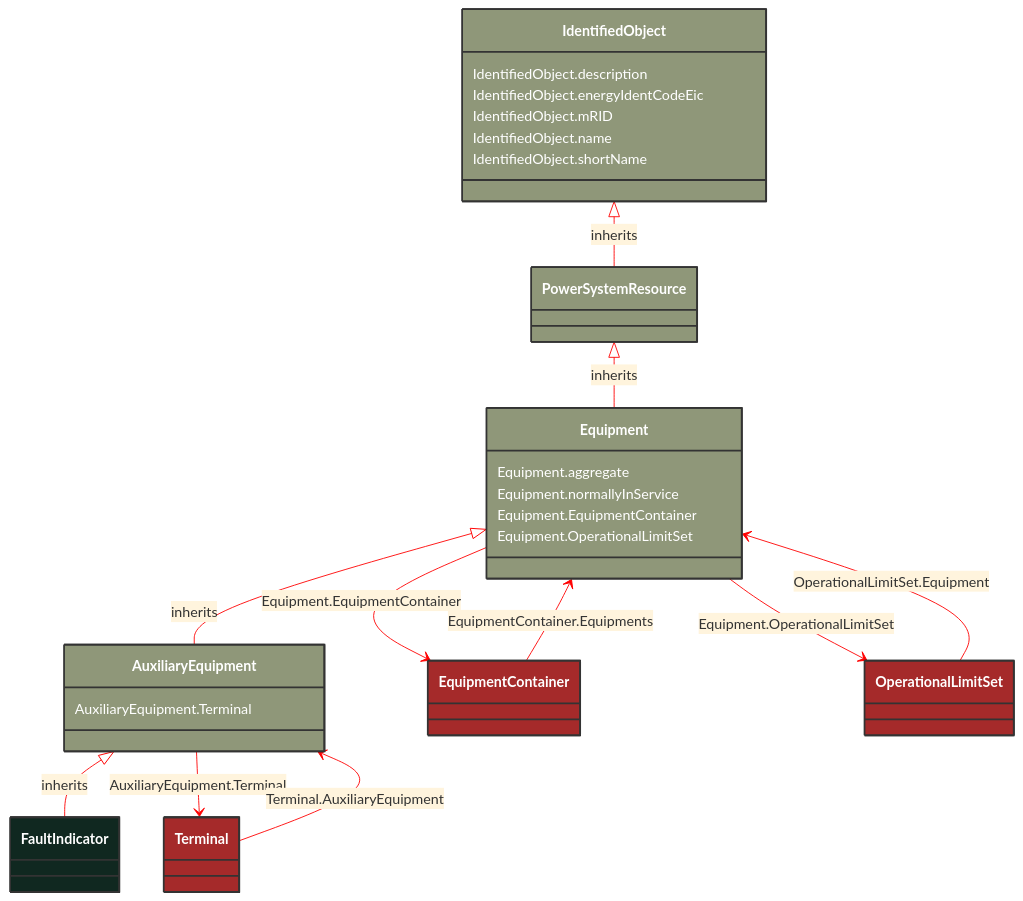
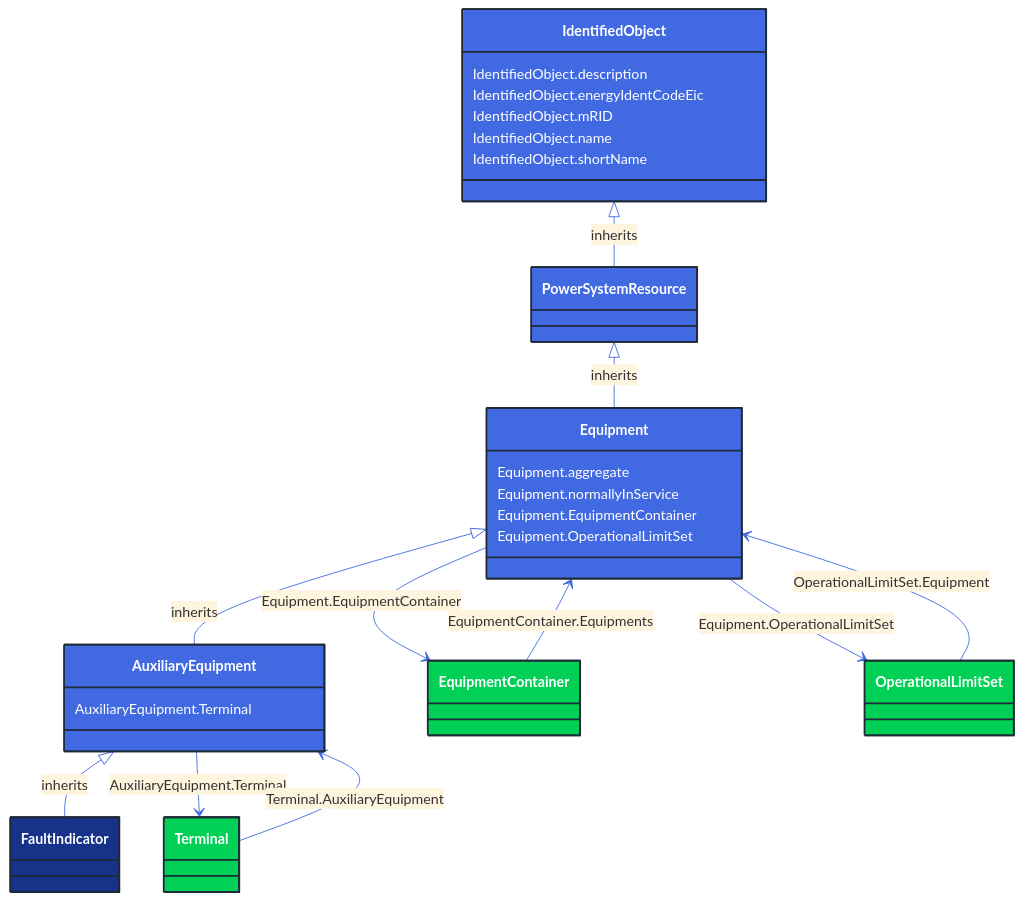
Before and after one commit to 3lbits/NoCIMExtensions: the diagram in docs/Models/Profiles/CoreEquipment/ConcreteClasses/FaultIndicator.md, drawn with Mermaid. The commit also changed 362 other files, not shown here.

First line of the commit message:
Update diagrams and styles for improved visual consistency

````diff
--- a/docs/Models/Profiles/CoreEquipment/ConcreteClasses/FaultIndicator.md
+++ b/docs/Models/Profiles/CoreEquipment/ConcreteClasses/FaultIndicator.md
@@ -8,69 +8,69 @@
 ```mermaid
-%%{init: {'theme':'base','themeVariables': {'lineColor': '#FF0000'}}}%%
+%%{init: {'theme':'base','themeVariables': {'lineColor': '#4169E1'}}}%%
 classDiagram
     class FaultIndicator
     click FaultIndicator href "/Models/Profiles/CoreEquipment/ConcreteClasses/FaultIndicator/"
-    style FaultIndicator fill:#102820,stroke:#333,stroke-width:2px,rx:10,ry:10,color:white
+    style FaultIndicator fill:#163289,stroke:#1F2A37,stroke-width:2px,rx:10,ry:10,color:white
      
         AuxiliaryEquipment <|-- FaultIndicator : inherits
             click AuxiliaryEquipment href "/Models/Profiles/CoreEquipment/AbstractClasses/AuxiliaryEquipment/"
-            style AuxiliaryEquipment fill:#8F9779,stroke:#333,stroke-width:2px,rx:10,ry:10,color:white
+            style AuxiliaryEquipment fill:#4169E1,stroke:#1F2A37,stroke-width:2px,rx:10,ry:10,color:white
      
         Equipment <|-- AuxiliaryEquipment : inherits
             click Equipment href "/Models/Profiles/CoreEquipment/AbstractClasses/Equipment/"
-            style Equipment fill:#8F9779,stroke:#333,stroke-width:2px,rx:10,ry:10,color:white
+            style Equipment fill:#4169E1,stroke:#1F2A37,stroke-width:2px,rx:10,ry:10,color:white
      
         PowerSystemResource <|-- Equipment : inherits
             click PowerSystemResource href "/Models/Profiles/CoreEquipment/AbstractClasses/PowerSystemResource/"
-            style PowerSystemResource fill:#8F9779,stroke:#333,stroke-width:2px,rx:10,ry:10,color:white
+            style PowerSystemResource fill:#4169E1,stroke:#1F2A37,stroke-width:2px,rx:10,ry:10,color:white
      
         IdentifiedObject <|-- PowerSystemResource : inherits
             click IdentifiedObject href "/Models/Profiles/CoreEquipment/AbstractClasses/IdentifiedObject/"
-            style IdentifiedObject fill:#8F9779,stroke:#333,stroke-width:2px,rx:10,ry:10,color:white
+            style IdentifiedObject fill:#4169E1,stroke:#1F2A37,stroke-width:2px,rx:10,ry:10,color:white
 
         AuxiliaryEquipment --> Terminal : AuxiliaryEquipment.Terminal
 
         Terminal
             click Terminal href "/Models/Profiles/CoreEquipment/ConcreteClasses/Terminal/"
-            style Terminal fill:#A52A2A,stroke:#333,stroke-width:2px,rx:10,ry:10,color:white
+            style Terminal fill:#00D156,stroke:#1F2A37,stroke-width:2px,rx:10,ry:10,color:white
         Equipment --> EquipmentContainer : Equipment.EquipmentContainer
 
         EquipmentContainer
             click EquipmentContainer href "/Models/Profiles/CoreEquipment/AbstractClasses/EquipmentContainer/"
-            style EquipmentContainer fill:#A52A2A,stroke:#333,stroke-width:2px,rx:10,ry:10,color:white
+            style EquipmentContainer fill:#00D156,stroke:#1F2A37,stroke-width:2px,rx:10,ry:10,color:white
         Equipment --> OperationalLimitSet : Equipment.OperationalLimitSet
 
         OperationalLimitSet
             click OperationalLimitSet href "/Models/Profiles/CoreEquipment/ConcreteClasses/OperationalLimitSet/"
-            style OperationalLimitSet fill:#A52A2A,stroke:#333,stroke-width:2px,rx:10,ry:10,color:white
+            style OperationalLimitSet fill:#00D156,stroke:#1F2A37,stroke-width:2px,rx:10,ry:10,color:white
 
         EquipmentContainer --> Equipment : EquipmentContainer.Equipments
 
         EquipmentContainer
             click EquipmentContainer href "/Models/Profiles/CoreEquipment/AbstractClasses/EquipmentContainer/"
-            style EquipmentContainer fill:#A52A2A,stroke:#333,stroke-width:2px,rx:10,ry:10,color:white
+            style EquipmentContainer fill:#00D156,stroke:#1F2A37,stroke-width:2px,rx:10,ry:10,color:white
 
         OperationalLimitSet --> Equipment : OperationalLimitSet.Equipment
 
         OperationalLimitSet
             click OperationalLimitSet href "/Models/Profiles/CoreEquipment/ConcreteClasses/OperationalLimitSet/"
-            style OperationalLimitSet fill:#A52A2A,stroke:#333,stroke-width:2px,rx:10,ry:10,color:white
+            style OperationalLimitSet fill:#00D156,stroke:#1F2A37,stroke-width:2px,rx:10,ry:10,color:white
 
         Terminal --> AuxiliaryEquipment : Terminal.AuxiliaryEquipment
 
         Terminal
             click Terminal href "/Models/Profiles/CoreEquipment/ConcreteClasses/Terminal/"
-            style Terminal fill:#A52A2A,stroke:#333,stroke-width:2px,rx:10,ry:10,color:white
+            style Terminal fill:#00D156,stroke:#1F2A37,stroke-width:2px,rx:10,ry:10,color:white
 
 
         AuxiliaryEquipment : AuxiliaryEquipment.Terminal
         Equipment : Equipment.aggregate
         Equipment : Equipment.normallyInService
         Equipment : Equipment.EquipmentContainer
         Equipment : Equipment.OperationalLimitSet
         IdentifiedObject : IdentifiedObject.description
         IdentifiedObject : IdentifiedObject.energyIdentCodeEic
         IdentifiedObject : IdentifiedObject.mRID
         IdentifiedObject : IdentifiedObject.name
         IdentifiedObject : IdentifiedObject.shortName
 ```
````
